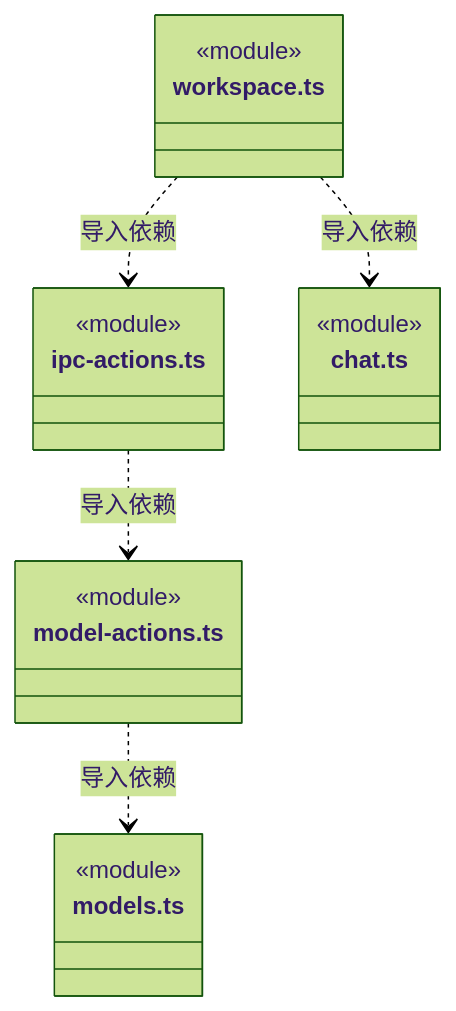
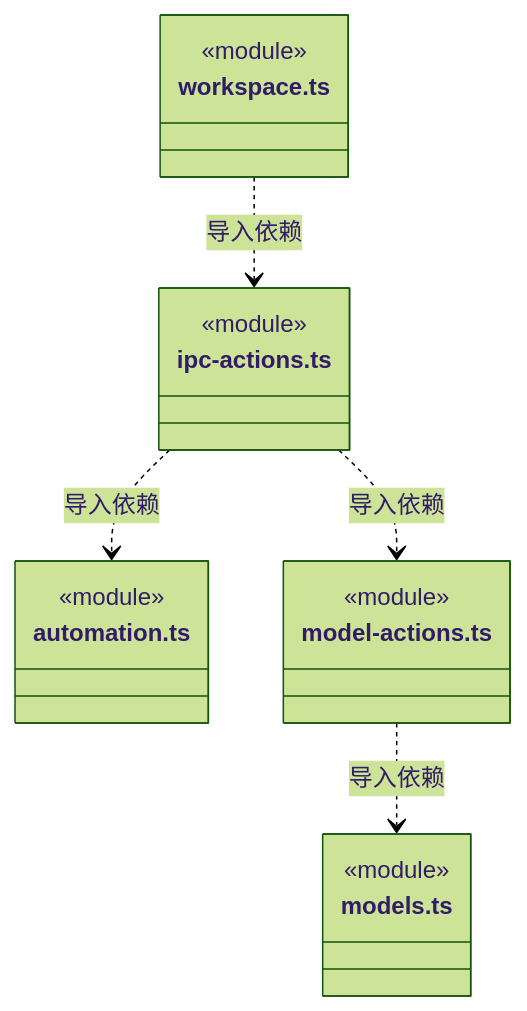
One commit to nan023062/cbim changed diagram 37 of 38 in src/bridge/contracts/ARCHITECTURE.md. Above: the diagram before and after it, drawn with Mermaid (forest theme). The commit also changed other lines of this file and 47 other files, not shown here.

````diff
--- a/src/bridge/contracts/ARCHITECTURE.md
+++ b/src/bridge/contracts/ARCHITECTURE.md
@@ -630,22 +670,22 @@
 ```mermaid
 classDiagram
 class N_src_bridge_contracts_ipc_actions_ts["ipc-actions.ts"] {
+  <<module>>
+}
+class N_src_bridge_contracts_automation_ts["automation.ts"] {
   <<module>>
 }
 class N_src_bridge_contracts_model_actions_ts["model-actions.ts"] {
   <<module>>
 }
 class N_src_bridge_contracts_models_ts["models.ts"] {
   <<module>>
 }
 class N_src_bridge_contracts_workspace_ts["workspace.ts"] {
   <<module>>
 }
-class N_src_bridge_contracts_chat_ts["chat.ts"] {
-  <<module>>
-}
+N_src_bridge_contracts_ipc_actions_ts ..> N_src_bridge_contracts_automation_ts : 导入依赖
 N_src_bridge_contracts_ipc_actions_ts ..> N_src_bridge_contracts_model_actions_ts : 导入依赖
 N_src_bridge_contracts_model_actions_ts ..> N_src_bridge_contracts_models_ts : 导入依赖
 N_src_bridge_contracts_workspace_ts ..> N_src_bridge_contracts_ipc_actions_ts : 导入依赖
-N_src_bridge_contracts_workspace_ts ..> N_src_bridge_contracts_chat_ts : 导入依赖
 ```
````
